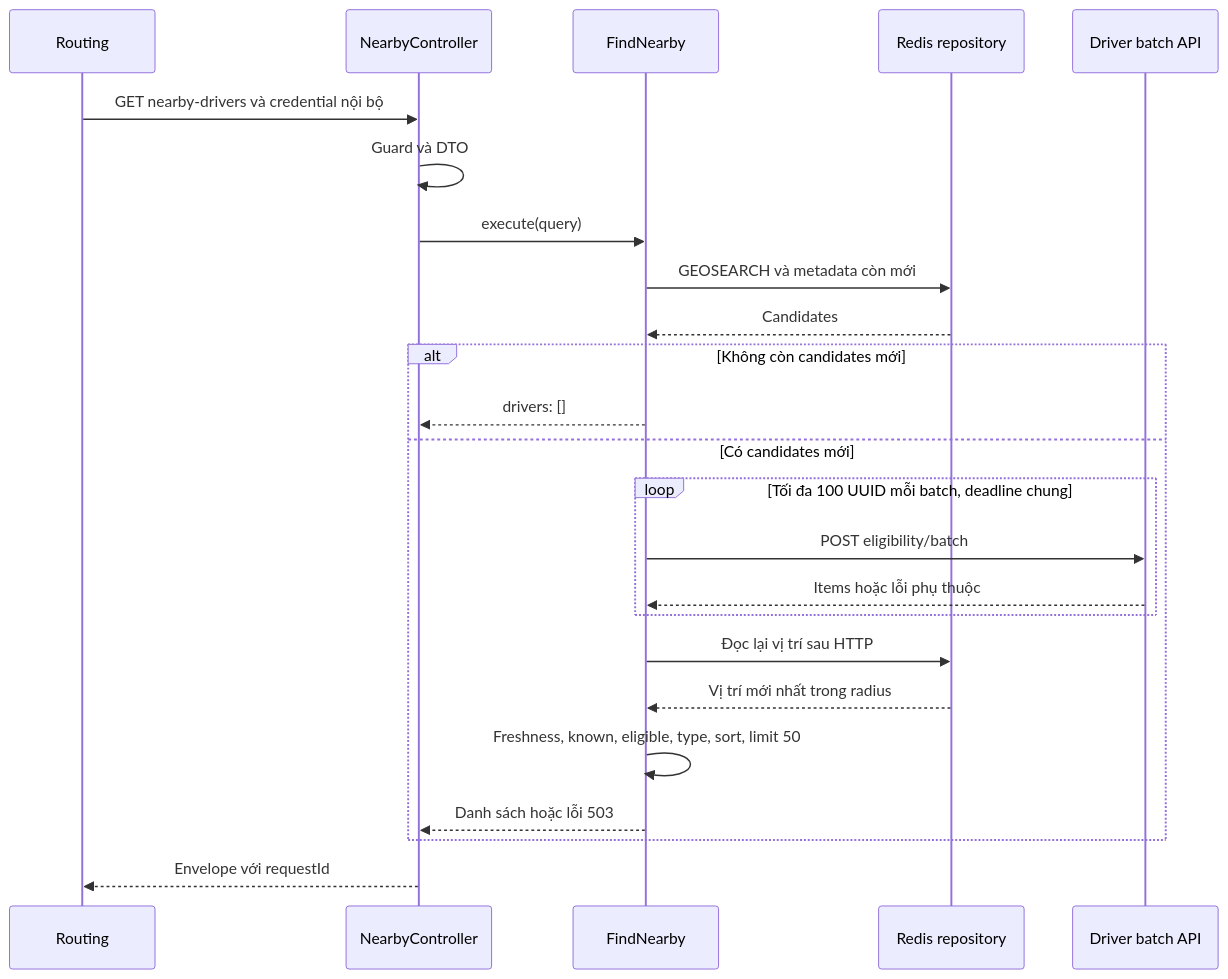
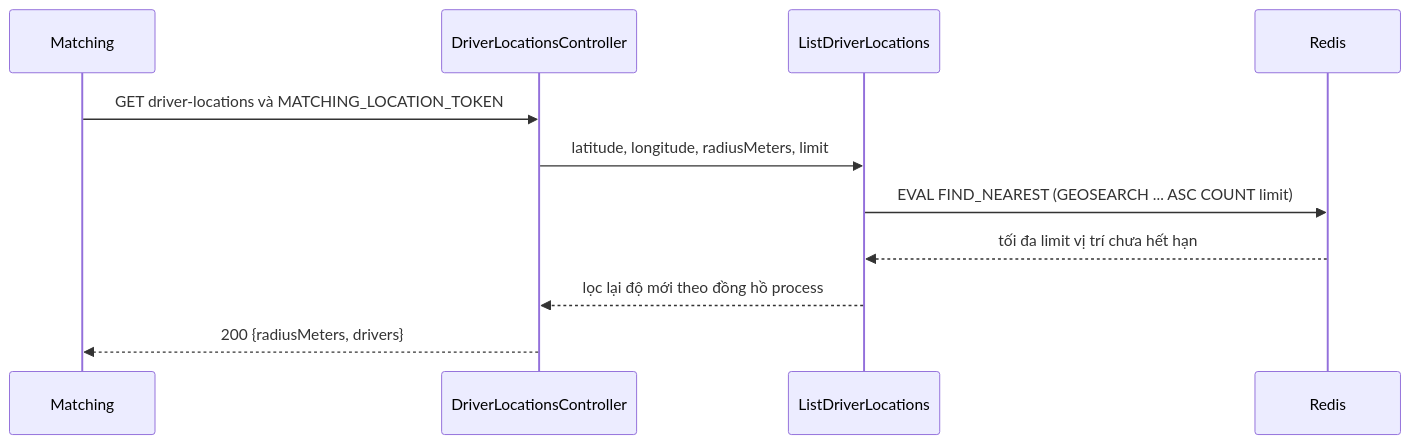
The third of 4 diagrams in service/realtime-service/docs/kien-truc.md (fukdinh136/chande), drawn with Mermaid before and after one commit. The commit also changed other lines of this file and 5 other files, not shown here.

First line of the commit message:
docs(realtime): describe driver-locations for Matching after the ADR-0001 contract

````diff
--- a/service/realtime-service/docs/kien-truc.md
+++ b/service/realtime-service/docs/kien-truc.md
@@ -216,27 +211,13 @@
 ```mermaid
 sequenceDiagram
-    participant Q as Routing
-    participant C as NearbyController
-    participant U as FindNearby
-    participant R as Redis repository
-    participant D as Driver batch API
-
-    Q->>C: GET nearby-drivers và credential nội bộ
-    C->>C: Guard và DTO
-    C->>U: execute(query)
-    U->>R: GEOSEARCH và metadata còn mới
-    R-->>U: Candidates
-    alt Không còn candidates mới
-        U-->>C: drivers: []
-    else Có candidates mới
-        loop Tối đa 100 UUID mỗi batch, deadline chung
-            U->>D: POST eligibility/batch
-            D-->>U: Items hoặc lỗi phụ thuộc
-        end
-        U->>R: Đọc lại vị trí sau HTTP
-        R-->>U: Vị trí mới nhất trong radius
-        U->>U: Freshness, known, eligible, type, sort, limit 50
-        U-->>C: Danh sách hoặc lỗi 503
-    end
-    C-->>Q: Envelope với requestId
+    participant M as Matching
+    participant C as DriverLocationsController
+    participant U as ListDriverLocations
+    participant R as Redis
+    M->>C: GET driver-locations và MATCHING_LOCATION_TOKEN
+    C->>U: latitude, longitude, radiusMeters, limit
+    U->>R: EVAL FIND_NEAREST (GEOSEARCH ... ASC COUNT limit)
+    R-->>U: tối đa limit vị trí chưa hết hạn
+    U-->>C: lọc lại độ mới theo đồng hồ process
+    C-->>M: 200 {radiusMeters, drivers}
 ```
````
